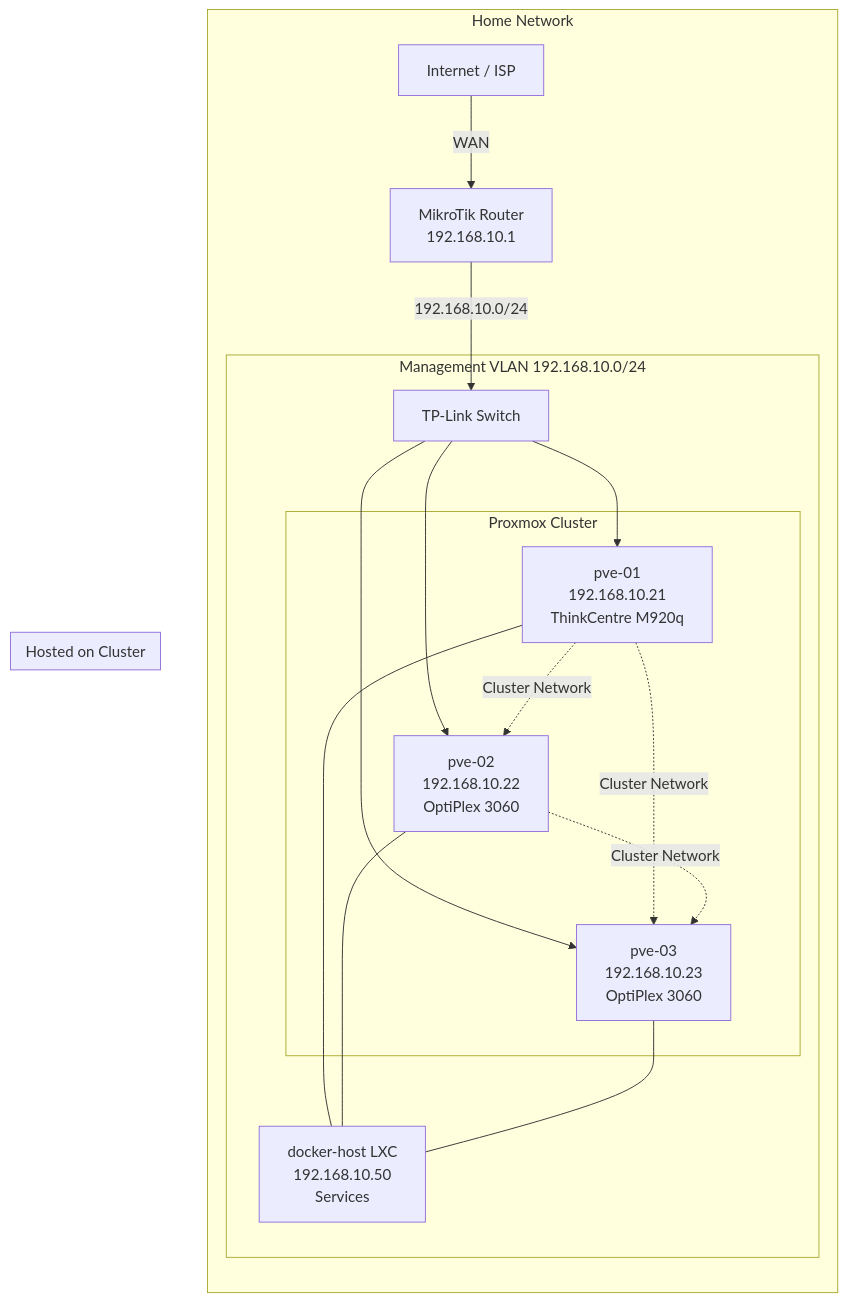
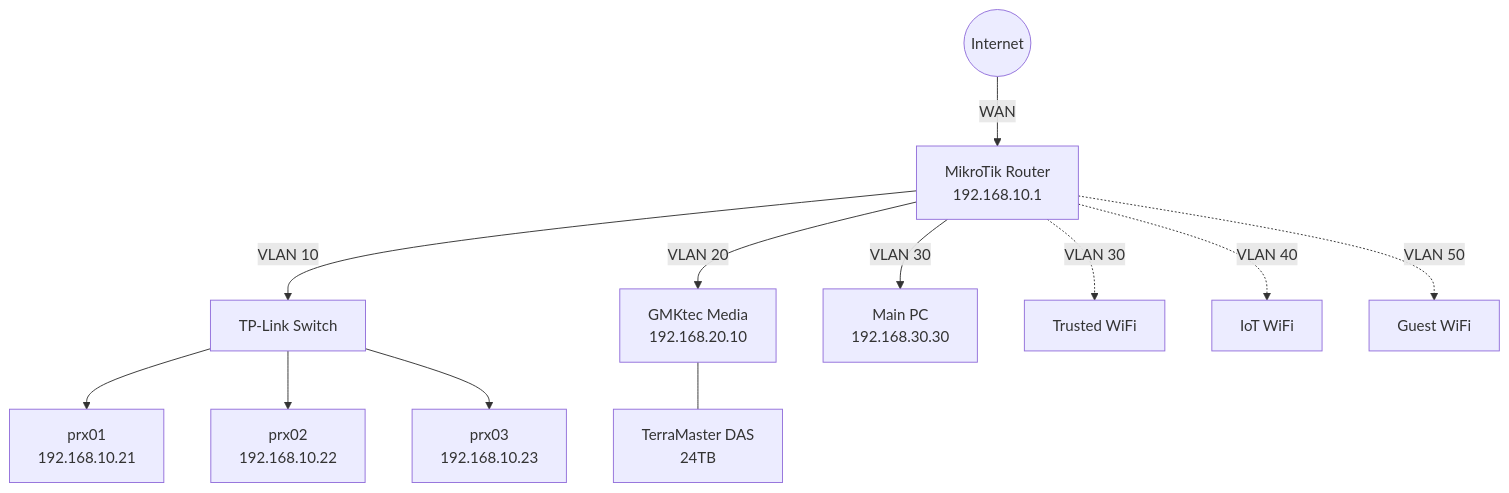
One commit to eltrovert/homelab-workshop changed the second of 2 diagrams in README.md. Above: the diagram before and after it, drawn with Mermaid. The commit also changed other lines of this file and 12 other files, not shown here.

First line of the commit message:
Update slides: VLAN diagrams, WordPress stack, topology fixes

````diff
--- a/README.md
+++ b/README.md
@@ -213,35 +237,25 @@
 ```mermaid
-graph TB
-    subgraph "Home Network"
-        direction TB
-        ISP["Internet / ISP"]
-        MR["MikroTik Router<br/>192.168.10.1"]
+graph TD
+    Internet((Internet)) -->|WAN| Router["MikroTik Router
+    192.168.10.1"]
 
-        subgraph "Management VLAN 192.168.10.0/24"
-            TS["TP-Link Switch"]
+    Router -->|VLAN 10| Switch[TP-Link Switch]
+    Switch --> prx01["prx01
+    192.168.10.21"]
+    Switch --> prx02["prx02
+    192.168.10.22"]
+    Switch --> prx03["prx03
+    192.168.10.23"]
 
-            subgraph "Proxmox Cluster"
-                PVE1["pve-01<br/>192.168.10.21<br/>ThinkCentre M920q"]
-                PVE2["pve-02<br/>192.168.10.22<br/>OptiPlex 3060"]
-                PVE3["pve-03<br/>192.168.10.23<br/>OptiPlex 3060"]
-            end
+    Router -->|VLAN 20| GMK["GMKtec Media
+    192.168.20.10"]
+    GMK --- DAS["TerraMaster DAS
+    24TB"]
 
-            DH["docker-host LXC<br/>192.168.10.50<br/>Services"]
-        end
-    end
+    Router -->|VLAN 30| PC["Main PC
+    192.168.30.30"]
 
-    ISP -->|WAN| MR
-    MR -->|192.168.10.0/24| TS
-    TS --> PVE1
-    TS --> PVE2
-    TS --> PVE3
-    PVE1 -.->|Cluster Network| PVE2
-    PVE1 -.->|Cluster Network| PVE3
-    PVE2 -.->|Cluster Network| PVE3
-    subgraph "Hosted on Cluster"
-        DH
-    end
-    PVE1 --- DH
-    PVE2 --- DH
-    PVE3 --- DH
+    Router -.->|VLAN 30| Trusted[Trusted WiFi]
+    Router -.->|VLAN 40| IoT[IoT WiFi]
+    Router -.->|VLAN 50| Guest[Guest WiFi]
 ```
````
